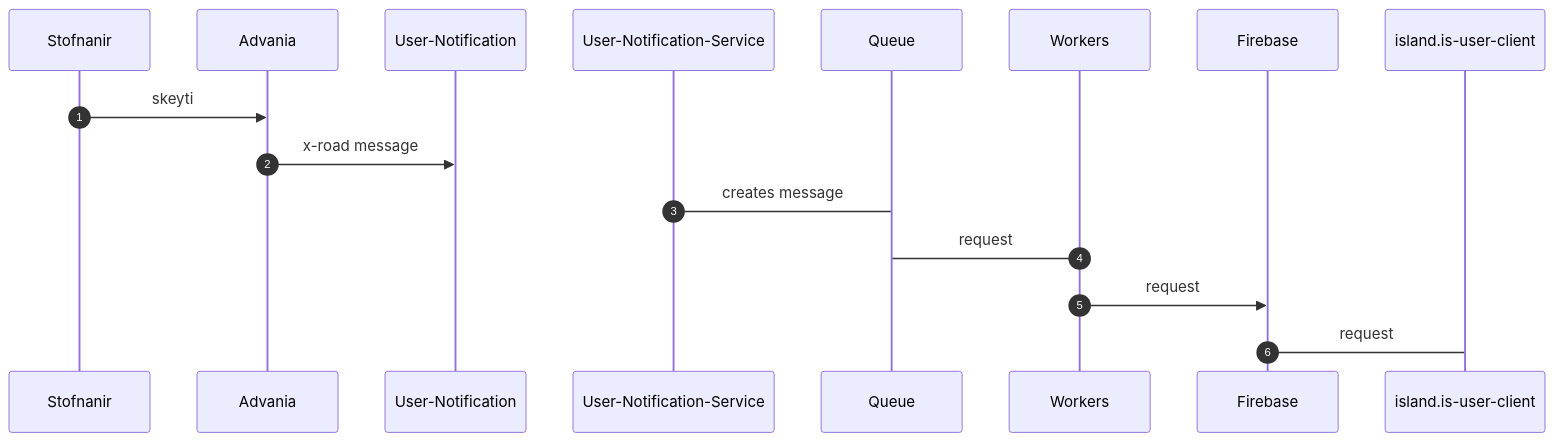
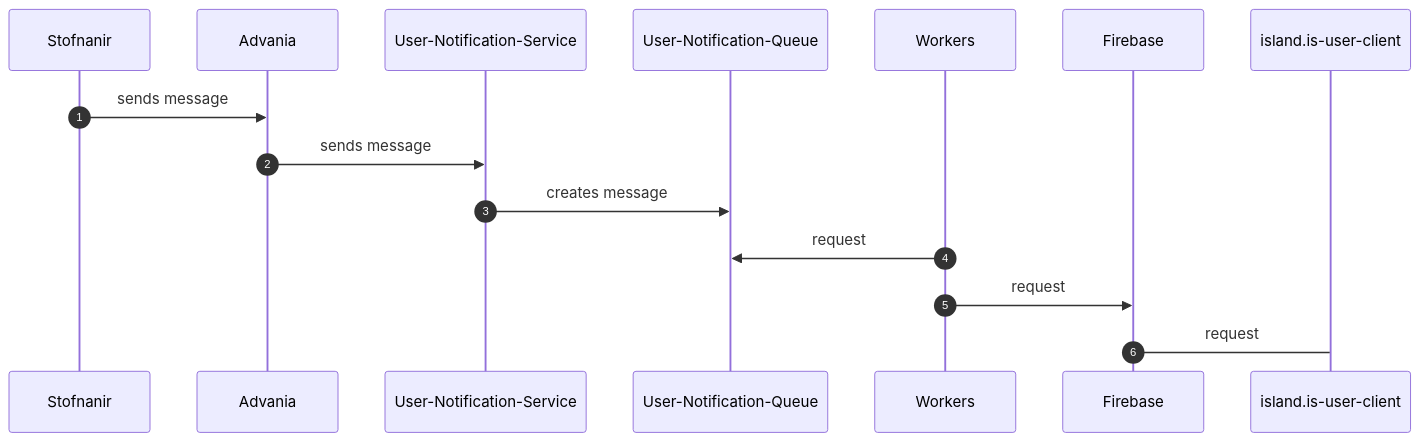
The diagram in hnipp.md (rafnarnason/bookish-fiesta), drawn with Mermaid before and after one commit.

````diff
--- a/hnipp.md
+++ b/hnipp.md
@@ -1,13 +1,13 @@
 ```mermaid
 sequenceDiagram
     autonumber
-    Stofnanir->>Advania:skeyti
-    Advania->>User-Notification:x-road message
-    User-Notification-Service->Queue:creates message
-    Workers->Queue:request
+    Stofnanir->>Advania:sends message
+    Advania->>User-Notification-Service:sends message
+    User-Notification-Service->>User-Notification-Queue:creates message
+    Workers->>User-Notification-Queue:request
     Workers->>Firebase:request
     Firebase->island.is-user-client:request
     
     
    
 ```
````
